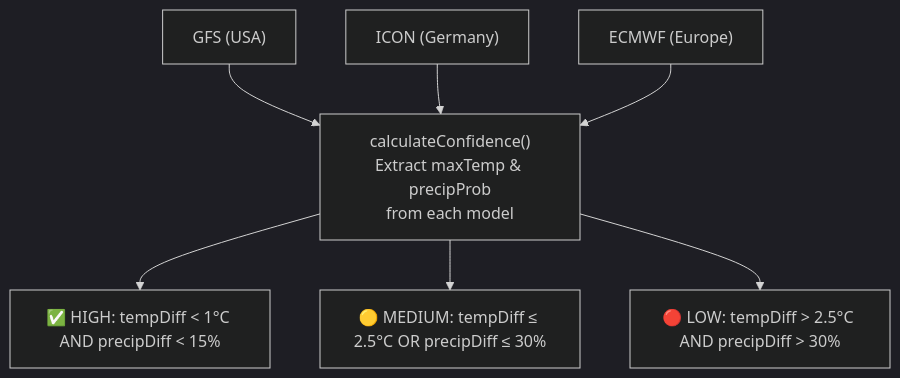
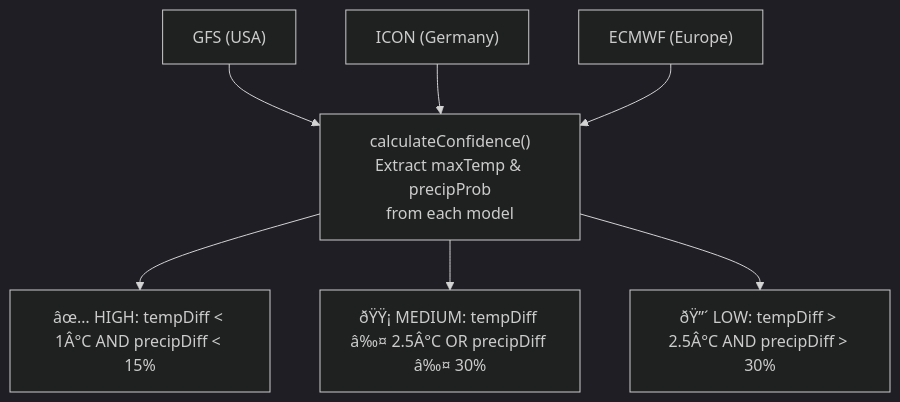
Before and after one commit to omcodes16/make-to-win: the fourth of 9 diagrams in README.md, drawn with Mermaid (dark theme). The commit also changed other lines of this file and 32 other files, not shown here.

Commit message:
feat: add saved chats, accuracy sidebar, NWP visualizer; update README with full website flowchart & feature docs

````diff
--- a/README.md
+++ b/README.md
@@ -174,10 +336,10 @@
 ```mermaid
 graph TD
     GFS["GFS (USA)"] --> Calc["calculateConfidence()\nExtract maxTemp & precipProb\nfrom each model"]
     ICON["ICON (Germany)"] --> Calc
     ECMWF["ECMWF (Europe)"] --> Calc
-    
-    Calc --> High["✅ HIGH: tempDiff < 1°C AND precipDiff < 15%"]
-    Calc --> Med["🟡 MEDIUM: tempDiff ≤ 2.5°C OR precipDiff ≤ 30%"]
-    Calc --> Low["🔴 LOW: tempDiff > 2.5°C AND precipDiff > 30%"]
+
+    Calc --> High["âœ… HIGH: tempDiff < 1Â°C AND precipDiff < 15%"]
+    Calc --> Med["ðŸŸ¡ MEDIUM: tempDiff â‰¤ 2.5Â°C OR precipDiff â‰¤ 30%"]
+    Calc --> Low["ðŸ”´ LOW: tempDiff > 2.5Â°C AND precipDiff > 30%"]
 ```
````
